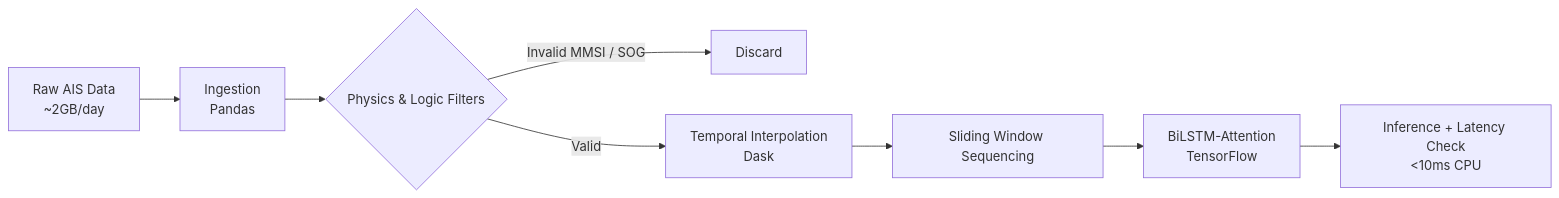
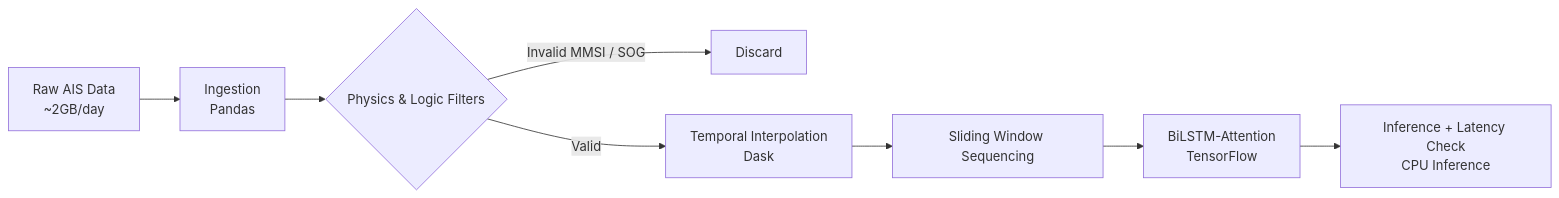
One commit to himamuralik/Ship-trajectory-prediction-benchmarking-dissertation changed the diagram in README.md. Above: the diagram before and after it, drawn with Mermaid. The commit also changed other lines of this file, not shown here.

````diff
--- a/README.md
+++ b/README.md
@@ -71,10 +73,12 @@
 ```mermaid
 graph LR
 A[Raw AIS Data<br/>~2GB/day] --> B[Ingestion<br/>Pandas]
 B --> C{Physics & Logic Filters}
 C -->|Invalid MMSI / SOG| D[Discard]
 C -->|Valid| E[Temporal Interpolation<br/>Dask]
 E --> F[Sliding Window Sequencing]
 F --> G[BiLSTM-Attention<br/>TensorFlow]
-G --> H[Inference + Latency Check<br/><10ms CPU]
+G --> H[Inference + Latency Check<br/>CPU Inference]
+
+
 ```
````
